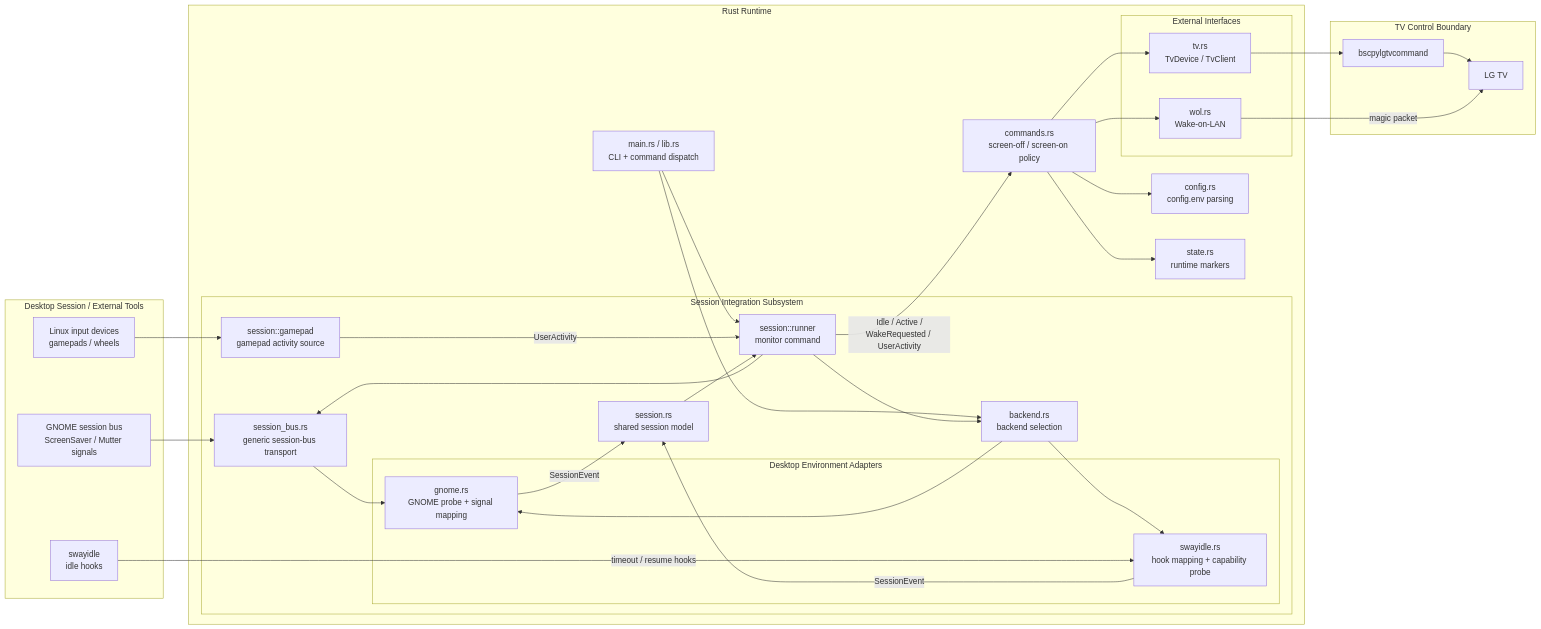
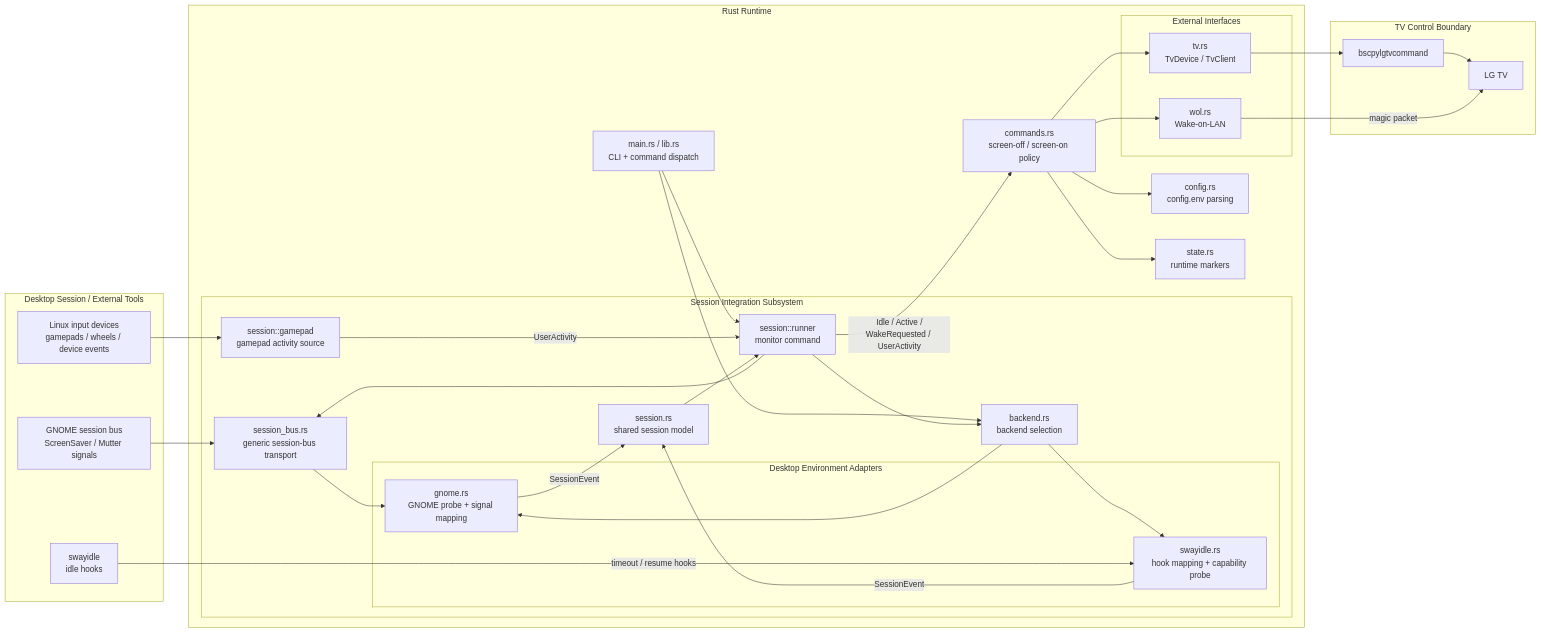
Before and after one commit to Staphylococcus/LG_Buddy: the diagram in docs/architecture-overview.md, drawn with Mermaid. The commit also changed other lines of this file and 10 other files, not shown here.

First line of the commit message:
Refresh gamepad devices from device events (#20)

````diff
--- a/docs/architecture-overview.md
+++ b/docs/architecture-overview.md
@@ -47,64 +47,64 @@
 ```mermaid
 flowchart LR
     subgraph Desktop["Desktop Session / External Tools"]
         GNOME["GNOME session bus<br/>ScreenSaver / Mutter signals"]
         SWAY["swayidle<br/>idle hooks"]
-        INPUT["Linux input devices<br/>gamepads / wheels"]
+        INPUT["Linux input devices<br/>gamepads / wheels / device events"]
     end
 
     subgraph Rust["Rust Runtime"]
         MAIN["main.rs / lib.rs<br/>CLI + command dispatch"]
         COMMANDS["commands.rs<br/>screen-off / screen-on policy"]
         CONFIG["config.rs<br/>config.env parsing"]
         STATE["state.rs<br/>runtime markers"]
 
         subgraph SessionSubsystem["Session Integration Subsystem"]
             BACKEND["backend.rs<br/>backend selection"]
             SESSIONMODEL["session.rs<br/>shared session model"]
             RUNNER["session::runner<br/>monitor command"]
             GAMEPAD["session::gamepad<br/>gamepad activity source"]
             BUS["session_bus.rs<br/>generic session-bus transport"]
 
             subgraph DEAdapters["Desktop Environment Adapters"]
                 GADAPTER["gnome.rs<br/>GNOME probe + signal mapping"]
                 SADAPTER["swayidle.rs<br/>hook mapping + capability probe"]
             end
         end
 
         subgraph ExternalInterfaces["External Interfaces"]
             TV["tv.rs<br/>TvDevice / TvClient"]
             WOL["wol.rs<br/>Wake-on-LAN"]
         end
     end
 
     subgraph TVBoundary["TV Control Boundary"]
         BSCPY["bscpylgtvcommand"]
         LGTV["LG TV"]
     end
 
     MAIN --> BACKEND
     MAIN --> RUNNER
     RUNNER --> BACKEND
     RUNNER --> BUS
     BACKEND --> GADAPTER
     BACKEND --> SADAPTER
 
     GNOME --> BUS
     BUS --> GADAPTER
     GADAPTER -->|"SessionEvent"| SESSIONMODEL
 
     SWAY -->|"timeout / resume hooks"| SADAPTER
     SADAPTER -->|"SessionEvent"| SESSIONMODEL
     INPUT --> GAMEPAD
     GAMEPAD -->|"UserActivity"| RUNNER
     SESSIONMODEL --> RUNNER
 
     RUNNER -->|"Idle / Active /<br/>WakeRequested / UserActivity"| COMMANDS
     COMMANDS --> CONFIG
     COMMANDS --> STATE
     COMMANDS --> TV
     COMMANDS --> WOL
 
     TV --> BSCPY --> LGTV
     WOL -->|"magic packet"| LGTV
 ```
````
